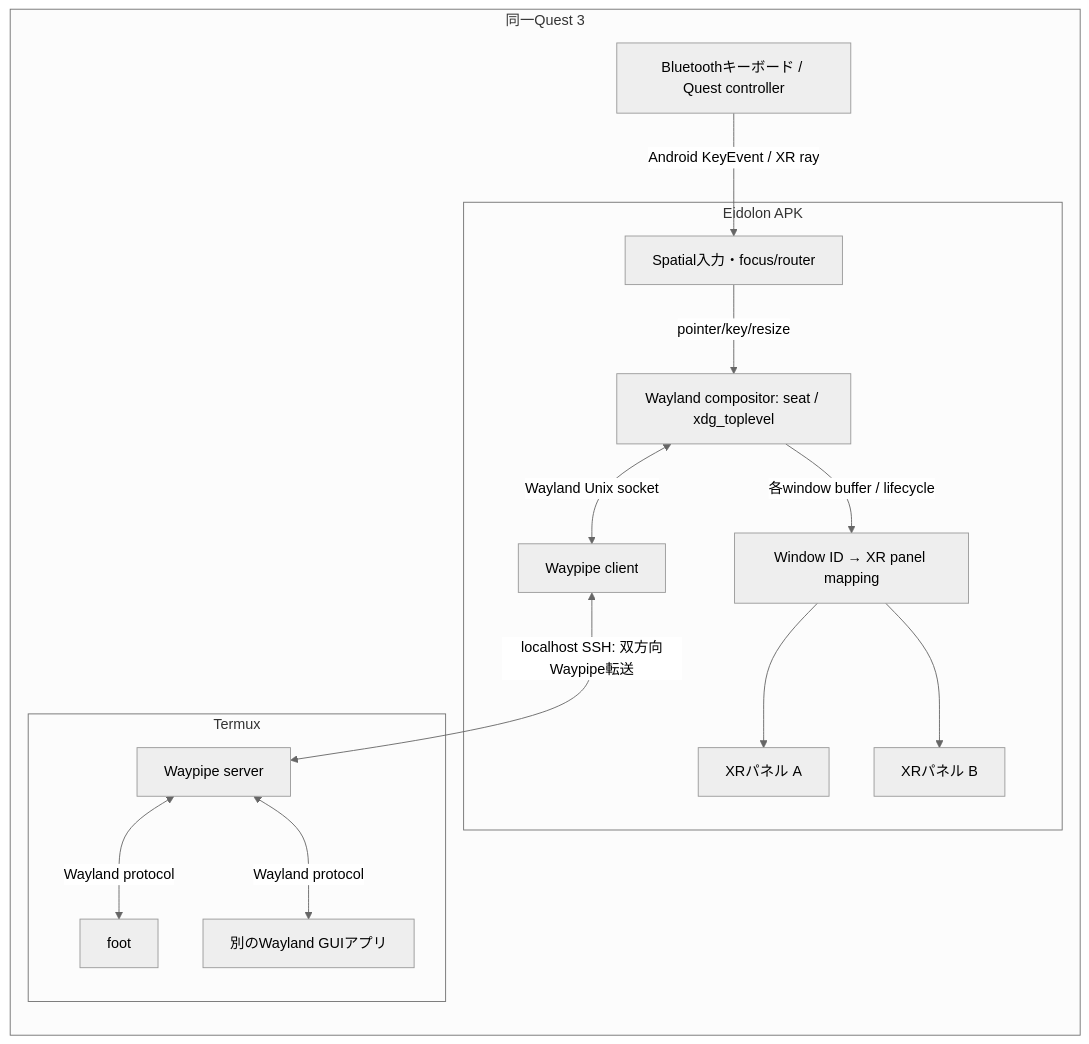
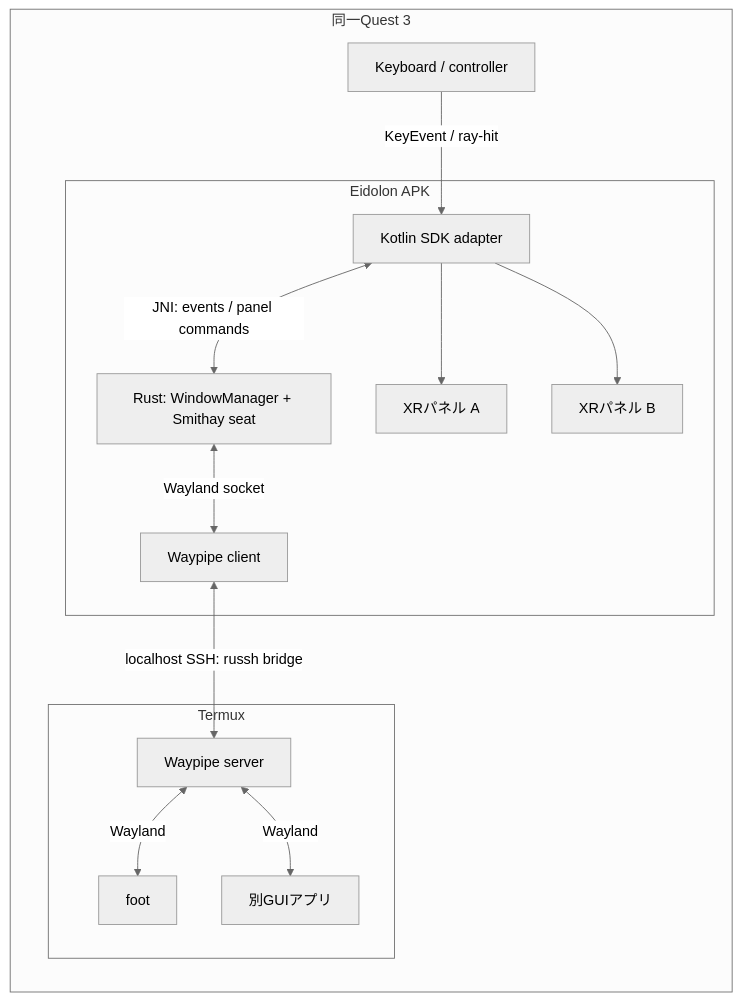
The sixth of 7 diagrams in docs/implementation-plan.md (tin-machine/eidolon-wayland), drawn with Mermaid (neutral theme) before and after one commit. The commit also changed other lines of this file and 9 other files, not shown here.

```diff
--- a/docs/implementation-plan.md
+++ b/docs/implementation-plan.md
@@ -240,18 +252,17 @@
 ~~~mermaid
 flowchart LR
-  subgraph Q["同一Quest 3" ]
-    BT["Bluetoothキーボード / Quest controller"] -->|"Android KeyEvent / XR ray"| IN["Spatial入力・focus/router"]
-    subgraph APK["Eidolon APK" ]
-      IN -->|"pointer/key/resize"| COMP["Wayland compositor: seat / xdg_toplevel"]
-      COMP -->|"各window buffer / lifecycle"| MAP["Window ID → XR panel mapping"]
-      MAP --> A["XRパネル A"]
-      MAP --> B["XRパネル B"]
-      COMP <-->|"Wayland Unix socket"| WC["Waypipe client"]
+  subgraph Q["同一Quest 3"]
+    BT["Keyboard / controller"] -->|"KeyEvent / ray-hit"| K["Kotlin SDK adapter"]
+    subgraph APK["Eidolon APK"]
+      K <-->|"JNI: events / panel commands"| WM["Rust: WindowManager + Smithay seat"]
+      K --> A["XRパネル A"]
+      K --> B["XRパネル B"]
+      WM <-->|"Wayland socket"| WC["Waypipe client"]
     end
-    subgraph TERMUX["Termux" ]
-      WS["Waypipe server"] <-->|"Wayland protocol"| F["foot"]
-      WS <-->|"Wayland protocol"| GUI["別のWayland GUIアプリ"]
+    subgraph TERMUX["Termux"]
+      WS["Waypipe server"] <-->|"Wayland"| F["foot"]
+      WS <-->|"Wayland"| GUI["別GUIアプリ"]
     end
-    WC <-->|"localhost SSH: 双方向Waypipe転送"| WS
+    WC <-->|"localhost SSH: russh bridge"| WS
   end
 ~~~
```
